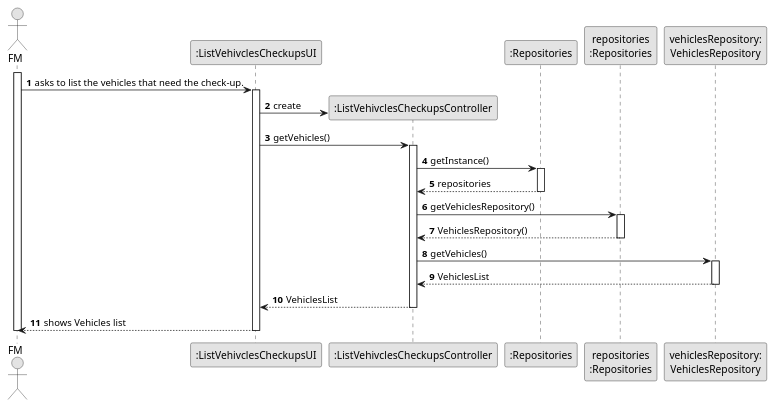
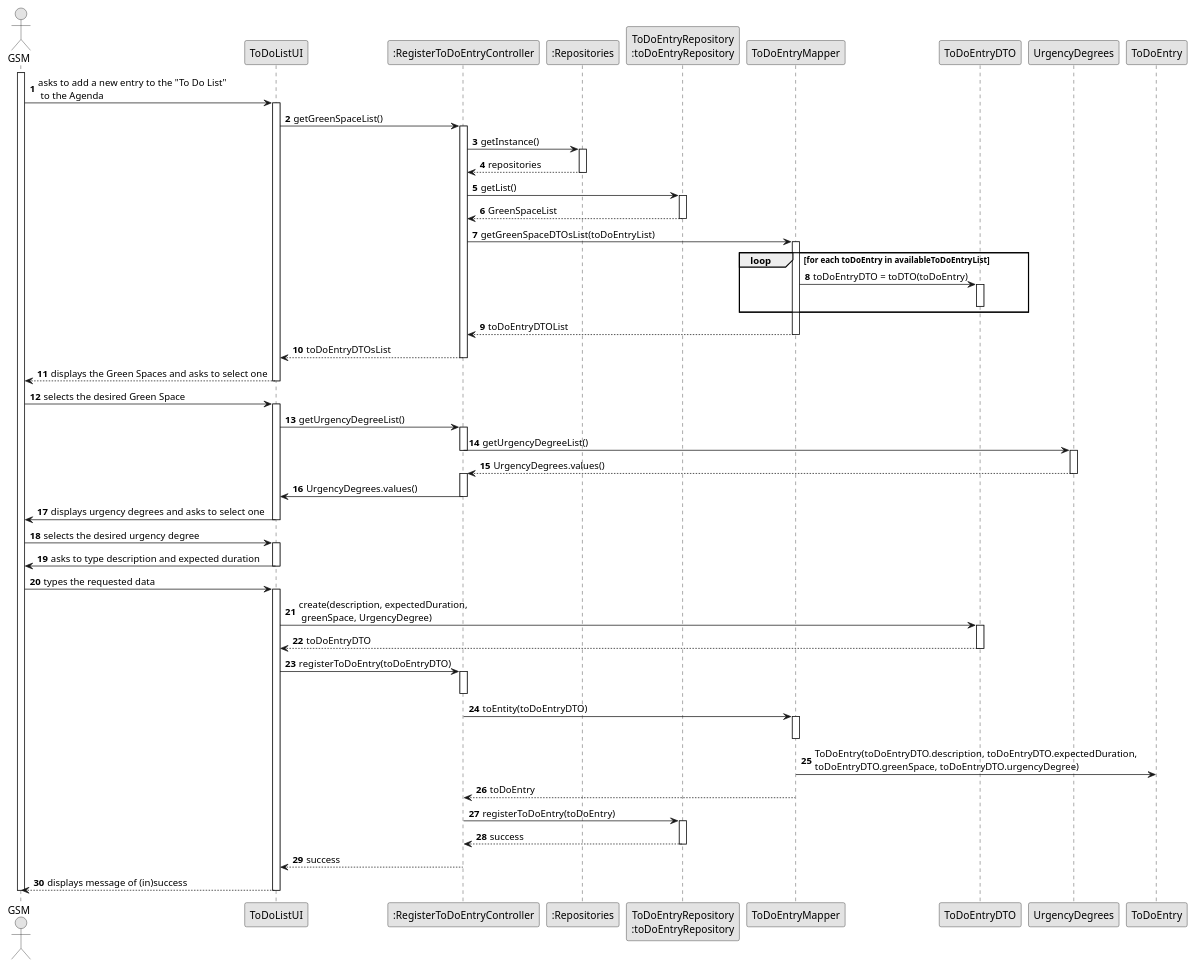
The diagram in docs/sprintC/us021/03.design/puml/us008-sequence-diagram-full.puml (Departamento-de-Engenharia-Informatica/lei-24-s2-1do-g164), drawn with PlantUML before and after one commit.

Commit message:
US021(docs): sd diagram

```diff
--- a/docs/sprintC/us021/03.design/puml/us008-sequence-diagram-full.puml
+++ b/docs/sprintC/us021/03.design/puml/us008-sequence-diagram-full.puml
@@ -1,57 +1,111 @@
 @startuml
 skinparam monochrome true
 skinparam packageStyle rectangle
 skinparam shadowing false
 
 autonumber
 
-'hide footbox
-actor "FM" as ADM
-participant ":ListVehivclesCheckupsUI" as UI
-participant ":ListVehivclesCheckupsController" as CTRL
+actor "GSM" as Employee
+participant "ToDoListUI" as UI
+participant ":RegisterToDoEntryController" as CTRL
 participant ":Repositories" as RepositorySingleton
-participant "repositories\n:Repositories" as PLAT
-participant "vehiclesRepository:\nVehiclesRepository" as TaskCategoryRepository
+participant "ToDoEntryRepository\n:toDoEntryRepository" as TaskRepo
+participant "ToDoEntryMapper"
+participant "ToDoEntryDTO"
+
+activate Employee
+
+    Employee -> UI : asks to add a new entry to the "To Do List"\n to the Agenda
+
+    activate UI
+
+        UI -> CTRL : getGreenSpaceList()
+        activate CTRL
+
+            CTRL -> RepositorySingleton : getInstance()
+            activate RepositorySingleton
+
+                RepositorySingleton --> CTRL: repositories
+            deactivate RepositorySingleton
+
+            CTRL -> TaskRepo : getList()
+            activate TaskRepo
+
+                TaskRepo --> CTRL : GreenSpaceList
+            deactivate TaskRepo
+
+            CTRL -> "ToDoEntryMapper" : getGreenSpaceDTOsList(toDoEntryList)
+            activate "ToDoEntryMapper"
+
+            loop for each toDoEntry in availableToDoEntryList
+                ToDoEntryMapper -> ToDoEntryDTO: toDoEntryDTO = toDTO(toDoEntry)
+                activate ToDoEntryDTO
+                deactivate ToDoEntryDTO
+
+            end
+
+            ToDoEntryMapper --> CTRL: toDoEntryDTOList
+            deactivate ToDoEntryMapper
+
+            CTRL --> UI : toDoEntryDTOsList
+        deactivate CTRL
+
+        UI --> Employee : displays the Green Spaces and asks to select one
+    deactivate UI
+
+    Employee -> UI : selects the desired Green Space
+    activate UI
+
+    UI -> CTRL : getUrgencyDegreeList()
+            activate CTRL
+
+    CTRL -> UrgencyDegrees : getUrgencyDegreeList()
+    deactivate CTRL
+    activate UrgencyDegrees
+    UrgencyDegrees --> CTRL : UrgencyDegrees.values()
+deactivate UrgencyDegrees
+activate CTRL
+CTRL -> UI : UrgencyDegrees.values()
+deactivate CTRL
+        UI -> Employee : displays urgency degrees and asks to select one
+    deactivate UI
+
+    Employee -> UI : selects the desired urgency degree
+    activate UI
+    UI -> Employee: asks to type description and expected duration
+    deactivate UI
+    Employee -> UI : types the requested data
+    activate UI
+
+        UI -> "ToDoEntryDTO" : create(description, expectedDuration,\n greenSpace, UrgencyDegree)
+        activate ToDoEntryDTO
+        UI <-- "ToDoEntryDTO" : toDoEntryDTO
+deactivate "ToDoEntryDTO"
+        UI -> CTRL : registerToDoEntry(toDoEntryDTO)
+        activate CTRL
+        deactivate
 
 
-activate ADM
+            CTRL -> "ToDoEntryMapper" : toEntity(toDoEntryDTO)
+            activate "ToDoEntryMapper"
+            deactivate
 
-        ADM -> UI : asks to list the vehicles that need the check-up.
+                "ToDoEntryMapper" -> ToDoEntry : ToDoEntry(toDoEntryDTO.description, toDoEntryDTO.expectedDuration, \ntoDoEntryDTO.greenSpace, toDoEntryDTO.urgencyDegree)
+                "ToDoEntryMapper" --> CTRL : toDoEntry
+            deactivate "ToDoEntryMapper"
 
-        activate UI
+            CTRL -> TaskRepo : registerToDoEntry(toDoEntry)
+            activate TaskRepo
 
-'            UI --> ADM : requests data (reference, description,  informal \n description, technical description, duration, cost)
-            'create CTRL
-            UI -> CTRL** : create
+                TaskRepo --> CTRL : success
+            deactivate TaskRepo
 
-            UI -> CTRL : getVehicles()
-            activate CTRL
+            CTRL --> UI : success
+        deactivate CTRL
 
-                CTRL -> RepositorySingleton : getInstance()
-                activate RepositorySingleton
+        UI --> Employee : displays message of (in)success
+    deactivate UI
 
-                    RepositorySingleton --> CTRL: repositories
-                deactivate RepositorySingleton
-
-                CTRL -> PLAT : getVehiclesRepository()
-                activate PLAT
-
-                    PLAT --> CTRL: VehiclesRepository()
-                deactivate PLAT
-
-                CTRL -> TaskCategoryRepository : getVehicles()
-                activate TaskCategoryRepository
-
-                    TaskCategoryRepository --> CTRL : VehiclesList
-                deactivate TaskCategoryRepository
-
-                CTRL --> UI : VehiclesList
-            deactivate CTRL
-
-            UI --> ADM : shows Vehicles list
-        deactivate UI
-
-
-deactivate ADM
+deactivate Employee
 
 @enduml
```
